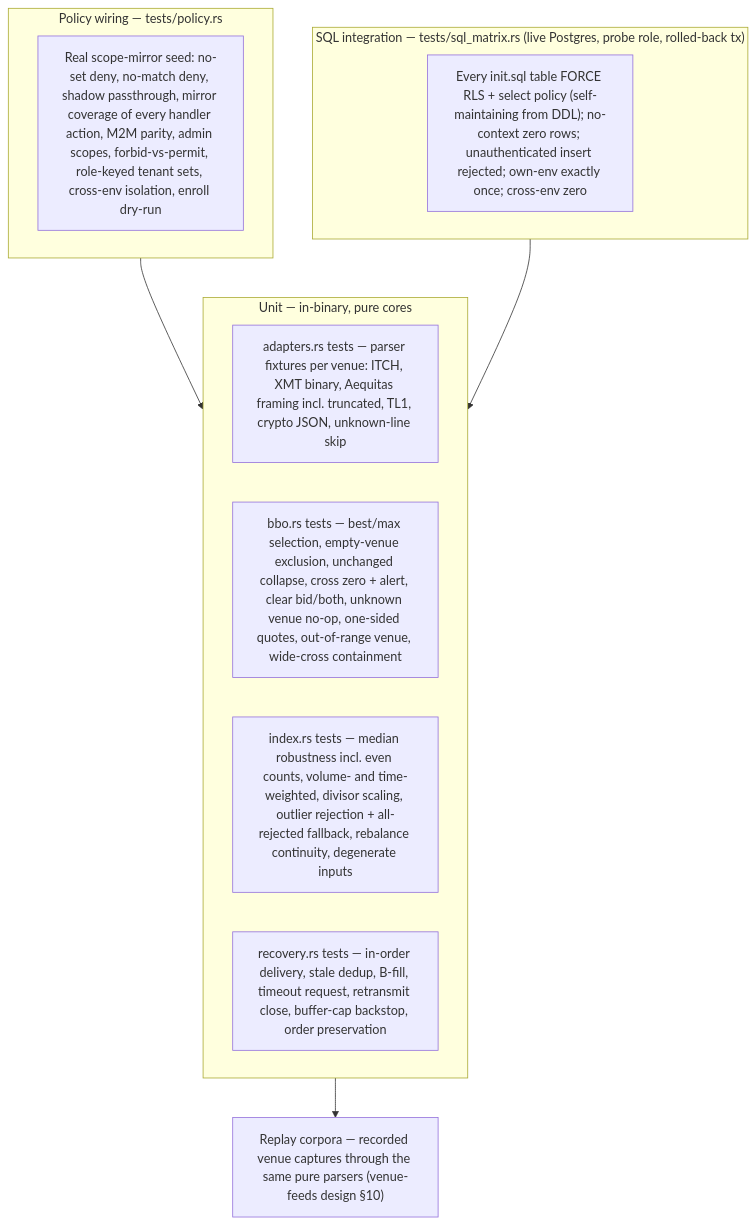
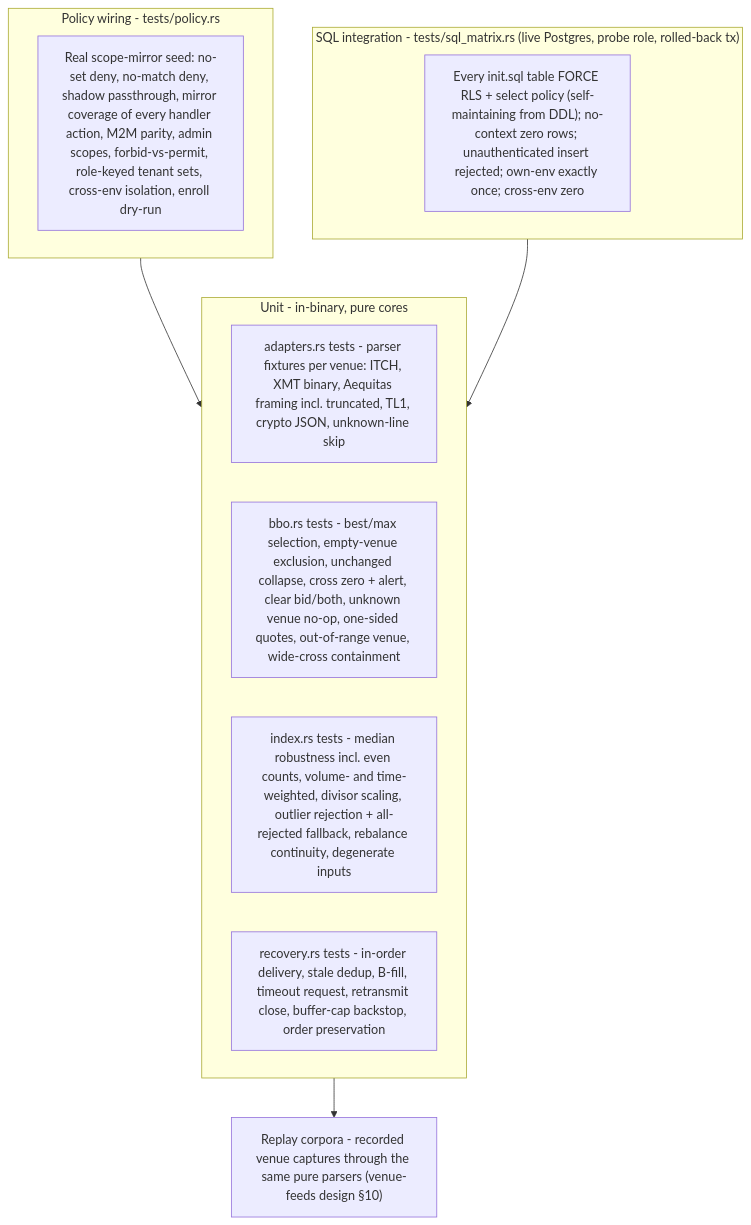
One commit to Exchange8-dev/exchange8-vfeeds changed diagram 13 of 13 in DESIGN.md. Above: the diagram before and after it, drawn with Mermaid. The commit also changed other lines of this file and 19 other files, not shown here.

````diff
--- a/DESIGN.md
+++ b/DESIGN.md
@@ -637,19 +637,19 @@
 ```mermaid
 graph TD
-    subgraph UNIT["Unit — in-binary, pure cores"]
-        AD["adapters.rs tests — parser fixtures per venue: ITCH, XMT binary, Aequitas framing incl. truncated, TL1, crypto JSON, unknown-line skip"]
-        BBO2["bbo.rs tests — best/max selection, empty-venue exclusion, unchanged collapse, cross zero + alert, clear bid/both, unknown venue no-op, one-sided quotes, out-of-range venue, wide-cross containment"]
-        IDX2["index.rs tests — median robustness incl. even counts, volume- and time-weighted, divisor scaling, outlier rejection + all-rejected fallback, rebalance continuity, degenerate inputs"]
-        RECOV["recovery.rs tests — in-order delivery, stale dedup, B-fill, timeout request, retransmit close, buffer-cap backstop, order preservation"]
+    subgraph UNIT["Unit - in-binary, pure cores"]
+        AD["adapters.rs tests - parser fixtures per venue: ITCH, XMT binary, Aequitas framing incl. truncated, TL1, crypto JSON, unknown-line skip"]
+        BBO2["bbo.rs tests - best/max selection, empty-venue exclusion, unchanged collapse, cross zero + alert, clear bid/both, unknown venue no-op, one-sided quotes, out-of-range venue, wide-cross containment"]
+        IDX2["index.rs tests - median robustness incl. even counts, volume- and time-weighted, divisor scaling, outlier rejection + all-rejected fallback, rebalance continuity, degenerate inputs"]
+        RECOV["recovery.rs tests - in-order delivery, stale dedup, B-fill, timeout request, retransmit close, buffer-cap backstop, order preservation"]
     end
-    subgraph POLICYTESTS["Policy wiring — tests/policy.rs"]
+    subgraph POLICYTESTS["Policy wiring - tests/policy.rs"]
         PL["Real scope-mirror seed: no-set deny, no-match deny, shadow passthrough, mirror coverage of every handler action, M2M parity, admin scopes, forbid-vs-permit, role-keyed tenant sets, cross-env isolation, enroll dry-run"]
     end
-    subgraph SQLTESTS["SQL integration — tests/sql_matrix.rs (live Postgres, probe role, rolled-back tx)"]
+    subgraph SQLTESTS["SQL integration - tests/sql_matrix.rs (live Postgres, probe role, rolled-back tx)"]
         SQL["Every init.sql table FORCE RLS + select policy (self-maintaining from DDL); no-context zero rows; unauthenticated insert rejected; own-env exactly once; cross-env zero"]
     end
-    REPLAY["Replay corpora — recorded venue captures through the same pure parsers (venue-feeds design §10)"]
+    REPLAY["Replay corpora - recorded venue captures through the same pure parsers (venue-feeds design §10)"]
     UNIT --> REPLAY
     POLICYTESTS --> UNIT
     SQLTESTS --> UNIT
 ```
````
